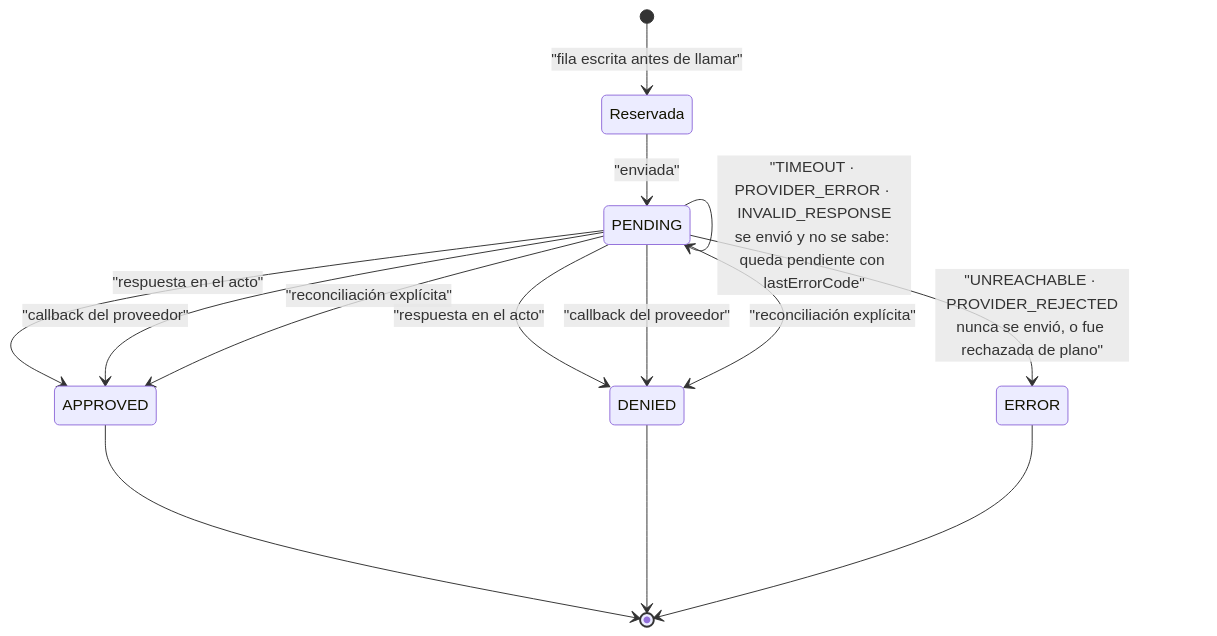
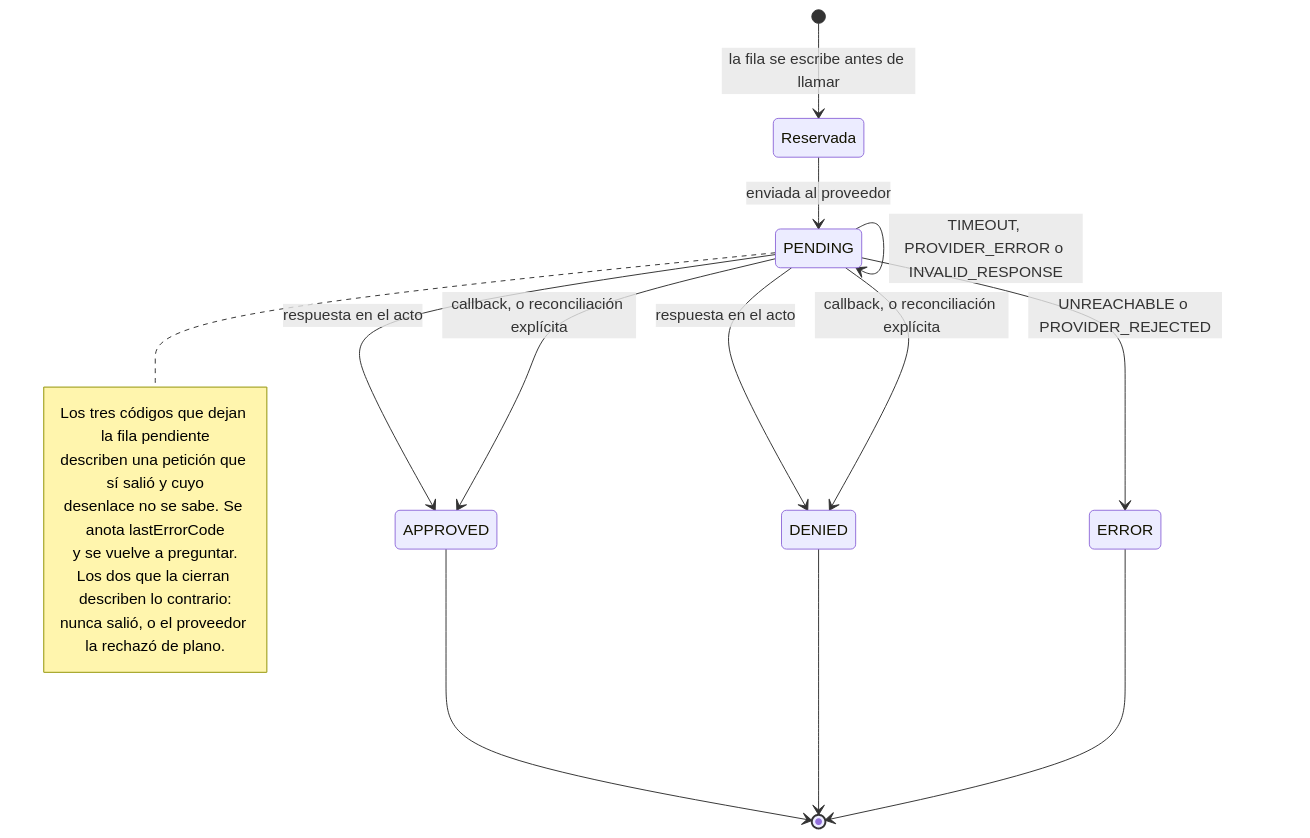
The third of 4 diagrams in README.md (unaiaris/Salvo), drawn with Mermaid before and after one commit. The commit also changed other lines of this file and 1 other file, not shown here.

````diff
--- a/README.md
+++ b/README.md
@@ -203,20 +203,27 @@
 ```mermaid
 stateDiagram-v2
-    [*] --> Reservada: "fila escrita antes de llamar"
-    Reservada --> PENDING: "enviada"
+    [*] --> Reservada: la fila se escribe antes de llamar
+    Reservada --> PENDING: enviada al proveedor
 
-    PENDING --> APPROVED: "respuesta en el acto"
-    PENDING --> DENIED: "respuesta en el acto"
+    PENDING --> APPROVED: respuesta en el acto
+    PENDING --> DENIED: respuesta en el acto
 
-    PENDING --> PENDING: "TIMEOUT · PROVIDER_ERROR · INVALID_RESPONSE<br/>se envió y no se sabe: queda pendiente con lastErrorCode"
-    PENDING --> ERROR: "UNREACHABLE · PROVIDER_REJECTED<br/>nunca se envió, o fue rechazada de plano"
+    PENDING --> PENDING: TIMEOUT, PROVIDER_ERROR o INVALID_RESPONSE
+    PENDING --> ERROR: UNREACHABLE o PROVIDER_REJECTED
 
-    PENDING --> APPROVED: "callback del proveedor"
-    PENDING --> DENIED: "callback del proveedor"
-    PENDING --> APPROVED: "reconciliación explícita"
-    PENDING --> DENIED: "reconciliación explícita"
+    PENDING --> APPROVED: callback, o reconciliación explícita
+    PENDING --> DENIED: callback, o reconciliación explícita
 
     APPROVED --> [*]
     DENIED --> [*]
     ERROR --> [*]
+
+    note right of PENDING
+        Los tres códigos que dejan la fila pendiente
+        describen una petición que sí salió y cuyo
+        desenlace no se sabe. Se anota lastErrorCode
+        y se vuelve a preguntar.
+        Los dos que la cierran describen lo contrario:
+        nunca salió, o el proveedor la rechazó de plano.
+    end note
 ```
````
